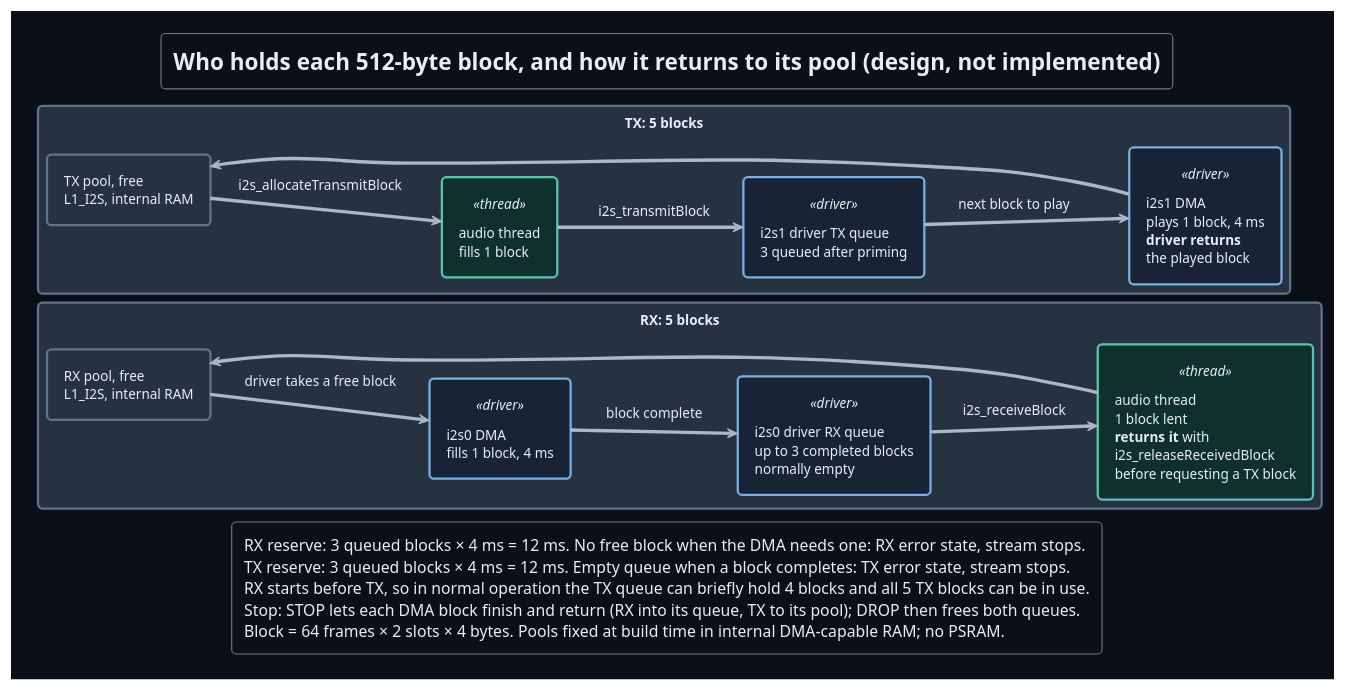
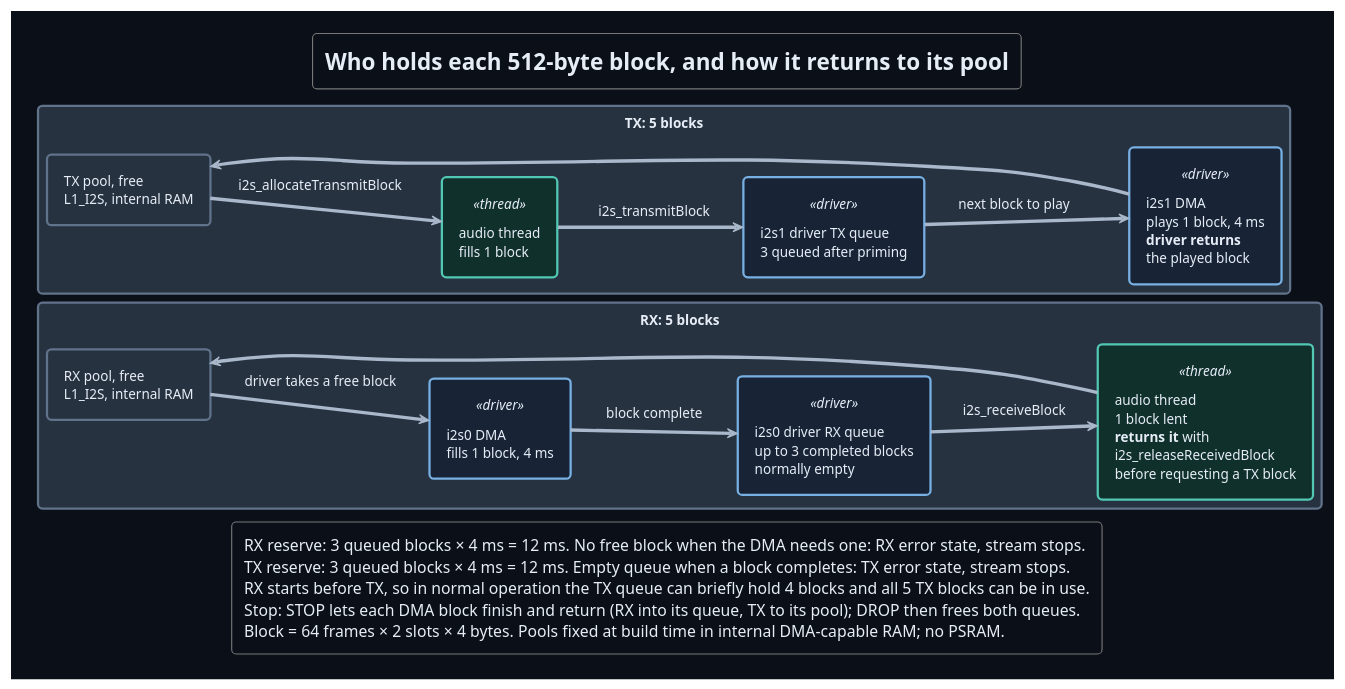
Before and after one commit to DemonicPsychoII/DigitalStethoscope: the diagram in Development/system/design/AUDIO/buffer-circulation.puml, drawn with PlantUML. The commit also changed 8 other files, not shown here.

```diff
--- a/Development/system/design/AUDIO/buffer-circulation.puml
+++ b/Development/system/design/AUDIO/buffer-circulation.puml
@@ -1,53 +1,53 @@
 @startuml buffer_circulation
 !theme cyborg
 !pragma layout smetana
 skinparam shadowing false
 skinparam defaultFontName SansSerif
 skinparam backgroundColor #0b1018
 skinparam defaultFontColor #e6edf7
 skinparam ArrowColor #a9b8ca
 skinparam ArrowFontColor #e6edf7
 skinparam rectangle {
  BackgroundColor #273241
  BorderColor #61738a
  FontColor #e6edf7
  BackgroundColor<<thread>> #10302b
  BorderColor<<thread>> #52c7b4
  BackgroundColor<<driver>> #182436
  BorderColor<<driver>> #78b0e4
 }
 skinparam note {
  BackgroundColor #1b2533
  BorderColor #61738a
  FontColor #e6edf7
 }
-title Who holds each 512-byte block, and how it returns to its pool (design, not implemented)
+title Who holds each 512-byte block, and how it returns to its pool
 left to right direction
 rectangle "RX: 5 blocks" as receiveSide {
   rectangle "RX pool, free\nL1_I2S, internal RAM" as receivePool
   rectangle "i2s0 DMA\nfills 1 block, 4 ms" as receiveDMA <<driver>>
   rectangle "i2s0 driver RX queue\nup to 3 completed blocks\nnormally empty" as receiveQueue <<driver>>
   rectangle "audio thread\n1 block lent\n**returns it** with\ni2s_releaseReceivedBlock\nbefore requesting a TX block" as receiveThread <<thread>>
 }
 rectangle "TX: 5 blocks" as transmitSide {
   rectangle "TX pool, free\nL1_I2S, internal RAM" as transmitPool
   rectangle "audio thread\nfills 1 block" as transmitThread <<thread>>
   rectangle "i2s1 driver TX queue\n3 queued after priming" as transmitQueue <<driver>>
   rectangle "i2s1 DMA\nplays 1 block, 4 ms\n**driver returns**\nthe played block" as transmitDMA <<driver>>
 }
 receivePool --> receiveDMA : driver takes a free block
 receiveDMA --> receiveQueue : block complete
 receiveQueue --> receiveThread : i2s_receiveBlock
 receivePool <-- receiveThread
 transmitPool --> transmitThread : i2s_allocateTransmitBlock
 transmitThread --> transmitQueue : i2s_transmitBlock
 transmitQueue --> transmitDMA : next block to play
 transmitPool <-- transmitDMA
 legend bottom
   RX reserve: 3 queued blocks × 4 ms = 12 ms. No free block when the DMA needs one: RX error state, stream stops.
   TX reserve: 3 queued blocks × 4 ms = 12 ms. Empty queue when a block completes: TX error state, stream stops.
   RX starts before TX, so in normal operation the TX queue can briefly hold 4 blocks and all 5 TX blocks can be in use.
   Stop: STOP lets each DMA block finish and return (RX into its queue, TX to its pool); DROP then frees both queues.
   Block = 64 frames × 2 slots × 4 bytes. Pools fixed at build time in internal DMA-capable RAM; no PSRAM.
 endlegend
 @enduml
```
